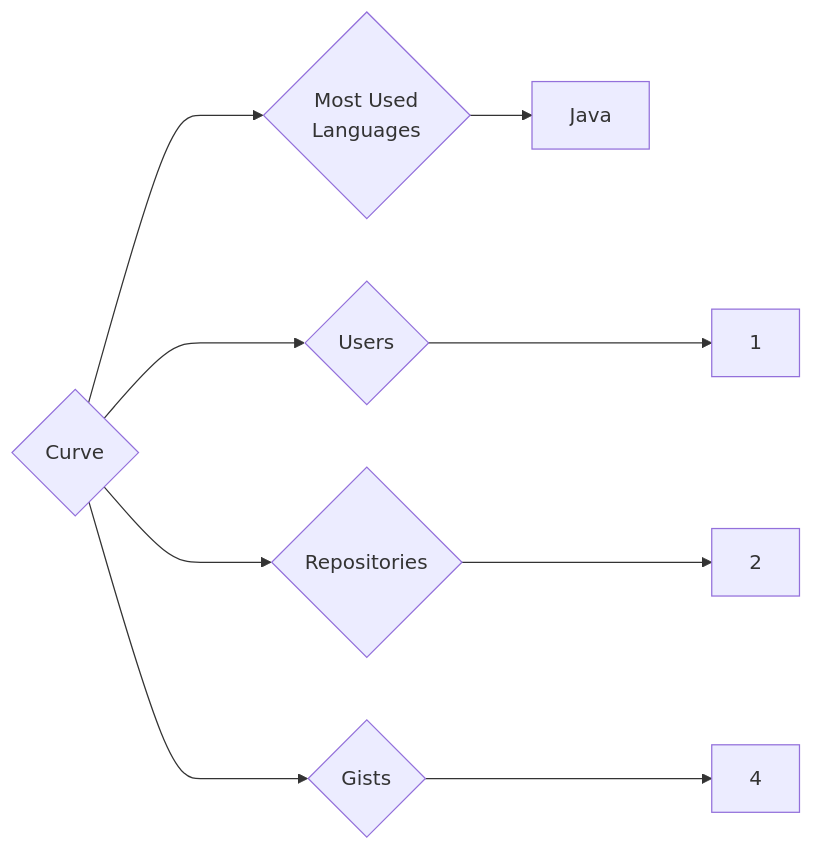
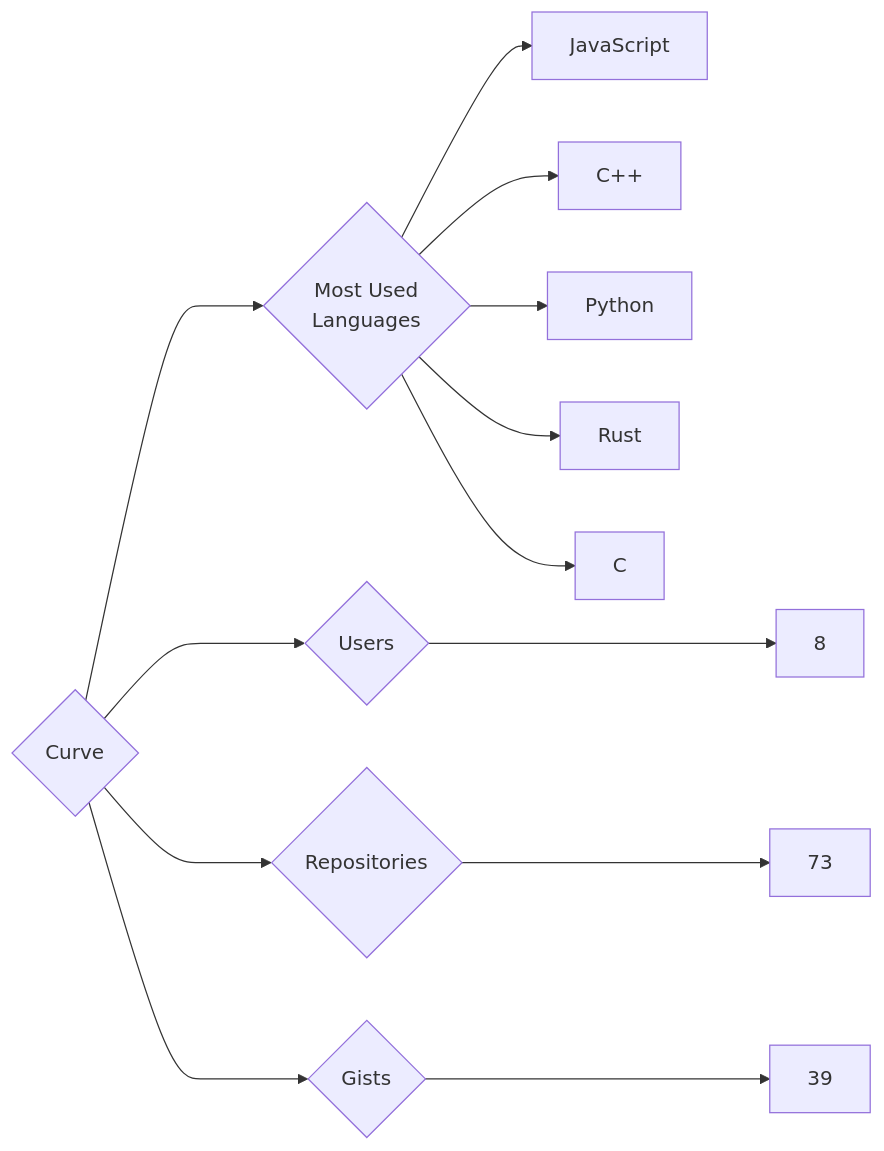
Before and after one commit to trickest/insiders: the diagram in targets/Curve/README.md, drawn with Mermaid. The commit also changed 1314 other files, not shown here.

````diff
--- a/targets/Curve/README.md
+++ b/targets/Curve/README.md
@@ -3,9 +3,13 @@
 ```mermaid
 graph LR
 COMPANY_NAME{Curve}
-COMPANY_NAME ---> U{Users} ---> UN[1]
-COMPANY_NAME ---> R{Repositories} ---> RN[2]
-COMPANY_NAME ---> G{Gists} ---> GN[4]
+COMPANY_NAME ---> U{Users} ---> UN[8]
+COMPANY_NAME ---> R{Repositories} ---> RN[73]
+COMPANY_NAME ---> G{Gists} ---> GN[39]
 COMPANY_NAME ---> ML{Most Used<br>Languages}
-ML --> Java[Java]
+ML --> JavaScript[JavaScript]
+ML --> C++[C++]
+ML --> Python[Python]
+ML --> Rust[Rust]
+ML --> C[C]
 ```
````
